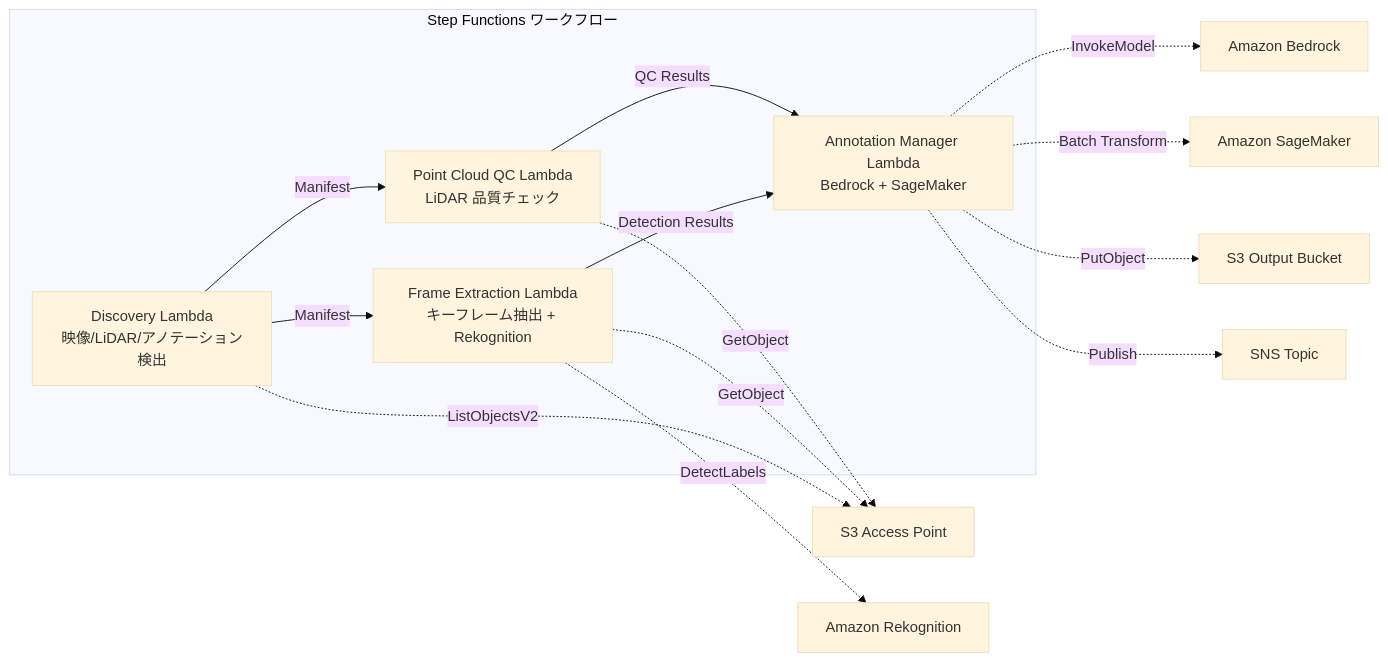
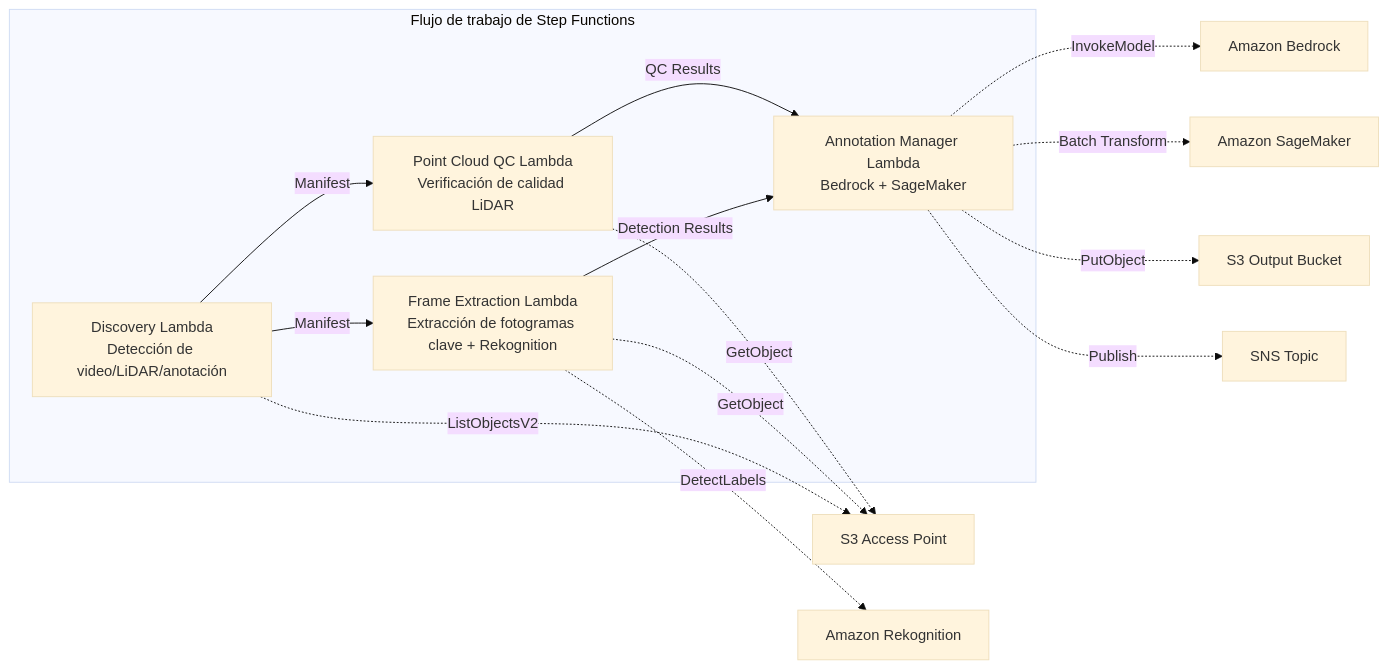
One commit to Yoshiki0705/FSx-for-ONTAP-S3AccessPoints-Serverless-Patterns changed the diagram in solutions/industry/autonomous-driving/README.es.md. Above: the diagram before and after it, drawn with Mermaid (base theme). The commit also changed other lines of this file and 20 other files, not shown here.

````diff
--- a/solutions/industry/autonomous-driving/README.es.md
+++ b/solutions/industry/autonomous-driving/README.es.md
@@ -27,23 +55,23 @@
 ```mermaid
 graph LR
-    subgraph "Step Functions ワークフロー"
-        D[Discovery Lambda<br/>映像/LiDAR/アノテーション検出]
-        FE[Frame Extraction Lambda<br/>キーフレーム抽出 + Rekognition]
-        PC[Point Cloud QC Lambda<br/>LiDAR 品質チェック]
+    subgraph "Flujo de trabajo de Step Functions"
+        D[Discovery Lambda<br/>Detección de video/LiDAR/anotación]
+        FE[Frame Extraction Lambda<br/>Extracción de fotogramas clave + Rekognition]
+        PC[Point Cloud QC Lambda<br/>Verificación de calidad LiDAR]
         AM[Annotation Manager Lambda<br/>Bedrock + SageMaker]
     end
 
     D -->|Manifest| FE
     D -->|Manifest| PC
     FE -->|Detection Results| AM
     PC -->|QC Results| AM
 
     D -.->|ListObjectsV2| S3AP[S3 Access Point]
     FE -.->|GetObject| S3AP
     FE -.->|DetectLabels| Rekog[Amazon Rekognition]
     PC -.->|GetObject| S3AP
     AM -.->|InvokeModel| Bedrock[Amazon Bedrock]
     AM -.->|Batch Transform| SM[Amazon SageMaker]
     AM -.->|PutObject| S3OUT[S3 Output Bucket]
     AM -.->|Publish| SNS[SNS Topic]
 ```
````
